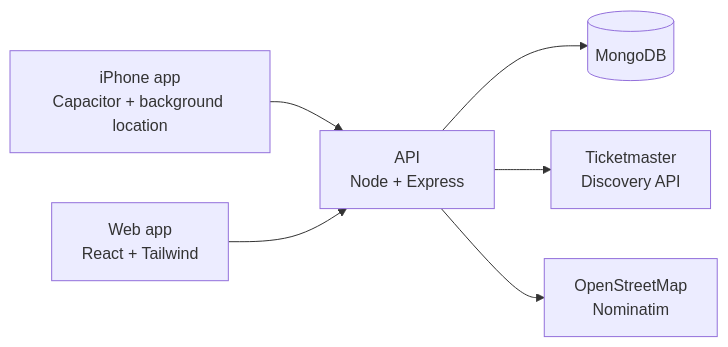
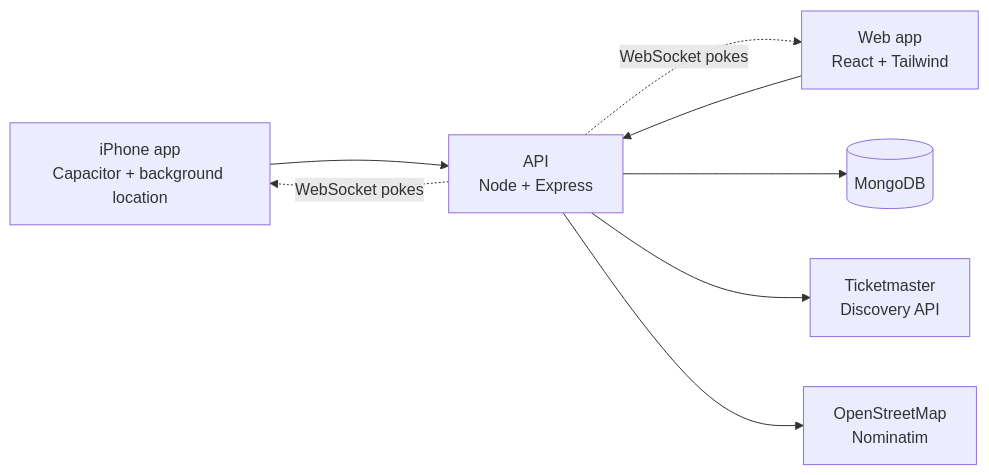
One commit to Wrd123/EventBuddy changed the diagram in README.md. Above: the diagram before and after it, drawn with Mermaid. The commit also changed other lines of this file and 31 other files, not shown here.

````diff
--- a/README.md
+++ b/README.md
@@ -71,8 +71,10 @@
 ```mermaid
 flowchart LR
   iphone["iPhone app<br/>Capacitor + background location"] --> api
   web["Web app<br/>React + Tailwind"] --> api["API<br/>Node + Express"]
+  api -. "WebSocket pokes" .-> web
+  api -. "WebSocket pokes" .-> iphone
   api --> db[("MongoDB")]
   api --> tm["Ticketmaster<br/>Discovery API"]
   api --> osm["OpenStreetMap<br/>Nominatim"]
 ```
````
